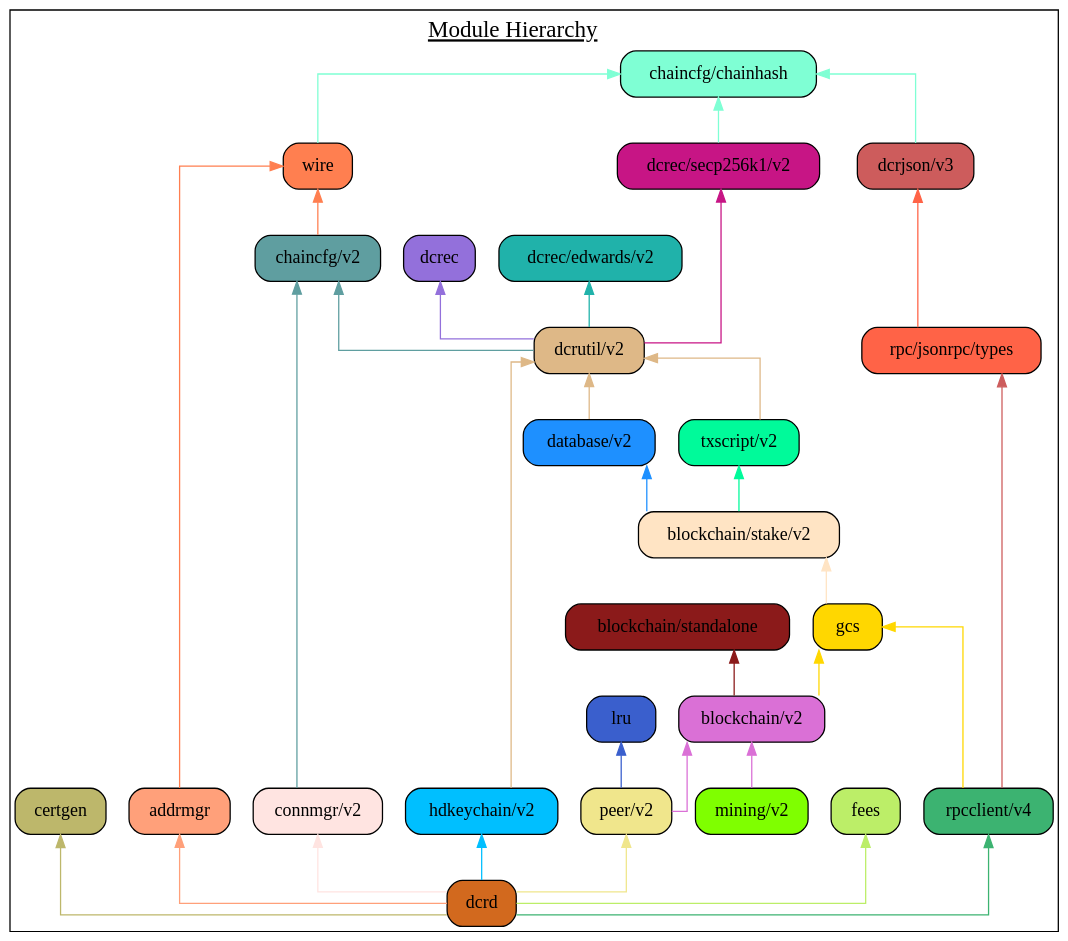
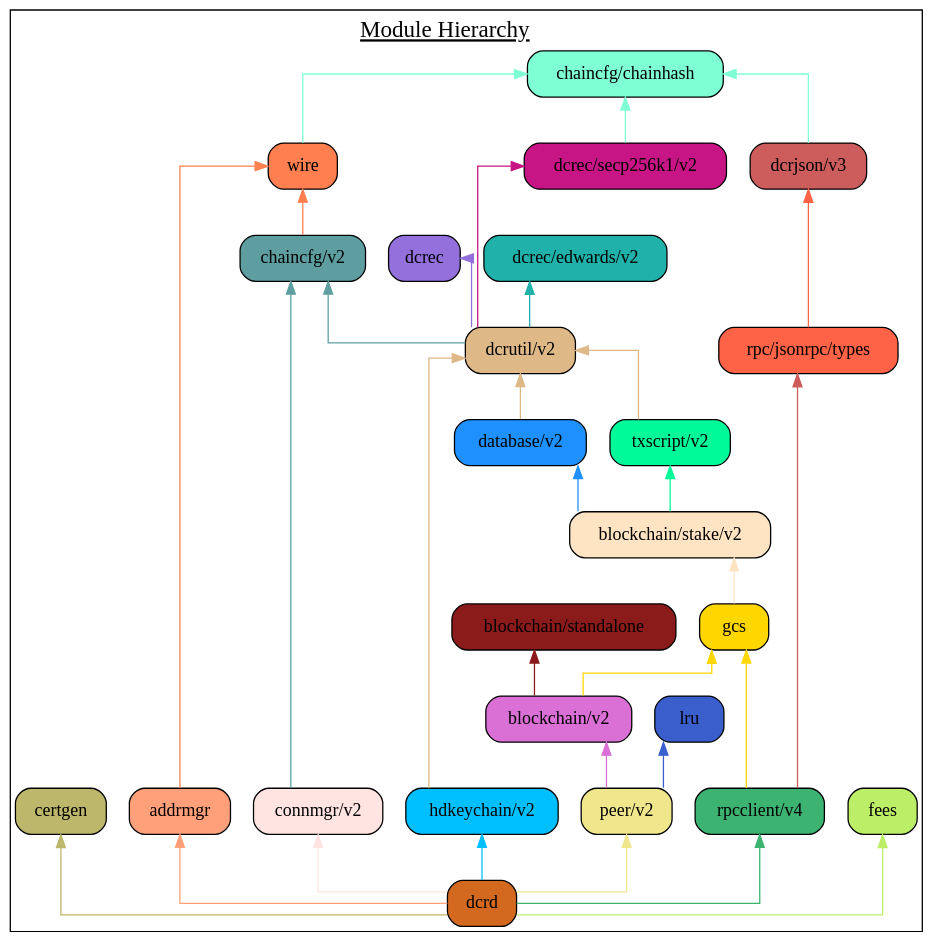
One commit to decred/dcrd changed the diagram in docs/assets/module_hierarchy.gv. Above: the diagram before and after it, drawn with Graphviz. The commit also changed 1 other file, not shown here.

Commit message:
docs: Update for removal of mining module.

```diff
--- a/docs/assets/module_hierarchy.gv
+++ b/docs/assets/module_hierarchy.gv
@@ -1,66 +1,65 @@
 digraph {
 	graph [splines=ortho colorscheme=svg label=<<u>Module Hierarchy</u>> labelloc=t fontsize=18.0]
 	node [shape=box style="filled, rounded"]
 
 	certgen [label="certgen" fillcolor=darkkhaki]
 	chainhash [label="chaincfg/chainhash" fillcolor=aquamarine]
 	dcrjson [label="dcrjson/v3" fillcolor=indianred]
 	types [label="rpc/jsonrpc/types" fillcolor=tomato]
 	wire [label="wire" fillcolor=coral]
 	addrmgr [label="addrmgr" fillcolor=lightsalmon]
 	chaincfg [label="chaincfg/v2" fillcolor=cadetblue]
 	connmgr [label="connmgr/v2" fillcolor=mistyrose]
 	dcrec [label="dcrec" fillcolor=mediumpurple]
 	edwards [label="dcrec/edwards/v2" fillcolor=lightseagreen]
 	secp256k1 [label="dcrec/secp256k1/v2" fillcolor=mediumvioletred]
 	dcrutil [label="dcrutil/v2" fillcolor=burlywood]
 	database [label="database/v2" fillcolor=dodgerblue]
 	hdkeychain [label="hdkeychain/v2" fillcolor=deepskyblue]
 	txscript [label="txscript/v2" fillcolor=mediumspringgreen]
 	stake [label="blockchain/stake/v2" fillcolor=bisque]
 	standalone [label="blockchain/standalone" fillcolor=firebrick4]
 	gcs [label="gcs" fillcolor=gold]
 	blockchain [label="blockchain/v2" fillcolor=orchid]
-	mining [label="mining/v2" fillcolor=chartreuse]
 	lru  [label="lru" fillcolor=royalblue3]
 	peer [label="peer/v2" fillcolor=khaki]
 	rpcclient [label="rpcclient/v4" fillcolor=mediumseagreen]
 	fees [label="fees" fillcolor=darkolivegreen2]
 	dcrd [label="dcrd" fillcolor=chocolate]
 
 	{rank=same connmgr addrmgr hdkeychain peer rpcclient}
 
 	certgen
 	chainhash -> dcrjson [dir=back color=aquamarine]
 	chainhash -> wire [dir=back color=aquamarine]
 	wire -> addrmgr [dir=back color=coral]
 	wire -> chaincfg [dir=back color=coral]
 	chaincfg -> connmgr [dir=back color=cadetblue]
 	chainhash -> secp256k1 [dir=back color=aquamarine]
 	chaincfg -> dcrutil [dir=back color=cadetblue]
 	dcrec -> dcrutil [dir=back color=mediumpurple]
 	edwards ->  dcrutil [dir=back color=lightseagreen]
 	secp256k1 ->  dcrutil [dir=back color=mediumvioletred]
 	dcrutil -> database [dir=back color=burlywood]
 	dcrutil -> hdkeychain [dir=back color=burlywood]
 	dcrutil -> txscript [dir=back color=burlywood]
 	database ->  stake [dir=back color=dodgerblue]
 	txscript -> stake [dir=back color=mediumspringgreen]
 	stake -> gcs [dir=back color=bisque]
 	standalone -> blockchain [dir=back color=firebrick4]
 	gcs -> blockchain [dir=back color=gold]
 	gcs -> rpcclient [dir=back color=gold]
-	blockchain -> mining [dir=back color=orchid]
+
 	lru -> peer [dir=back color=royalblue3]
 	blockchain -> peer [dir=back color=orchid]
 	dcrjson -> types [dir=back color=tomato]
 	types -> rpcclient [dir=back color=indianred]
 
 	fees -> dcrd [dir=back color=darkolivegreen2]
 	certgen -> dcrd [dir=back color=darkkhaki]
 	addrmgr -> dcrd [dir=back color=lightsalmon]
 	hdkeychain -> dcrd [dir=back color=deepskyblue]
 	connmgr -> dcrd [dir=back color=mistyrose]
 	rpcclient -> dcrd [dir=back color=mediumseagreen]
 	peer -> dcrd [dir=back color=khaki]
 }
```
